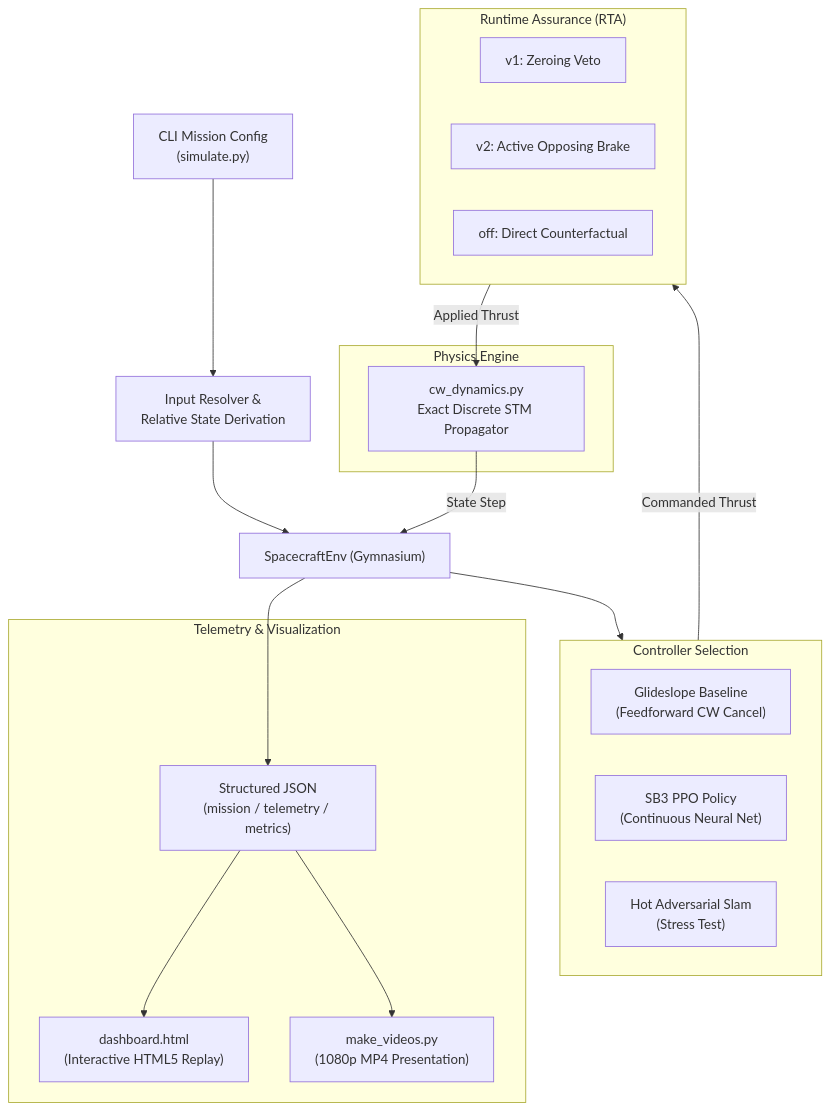
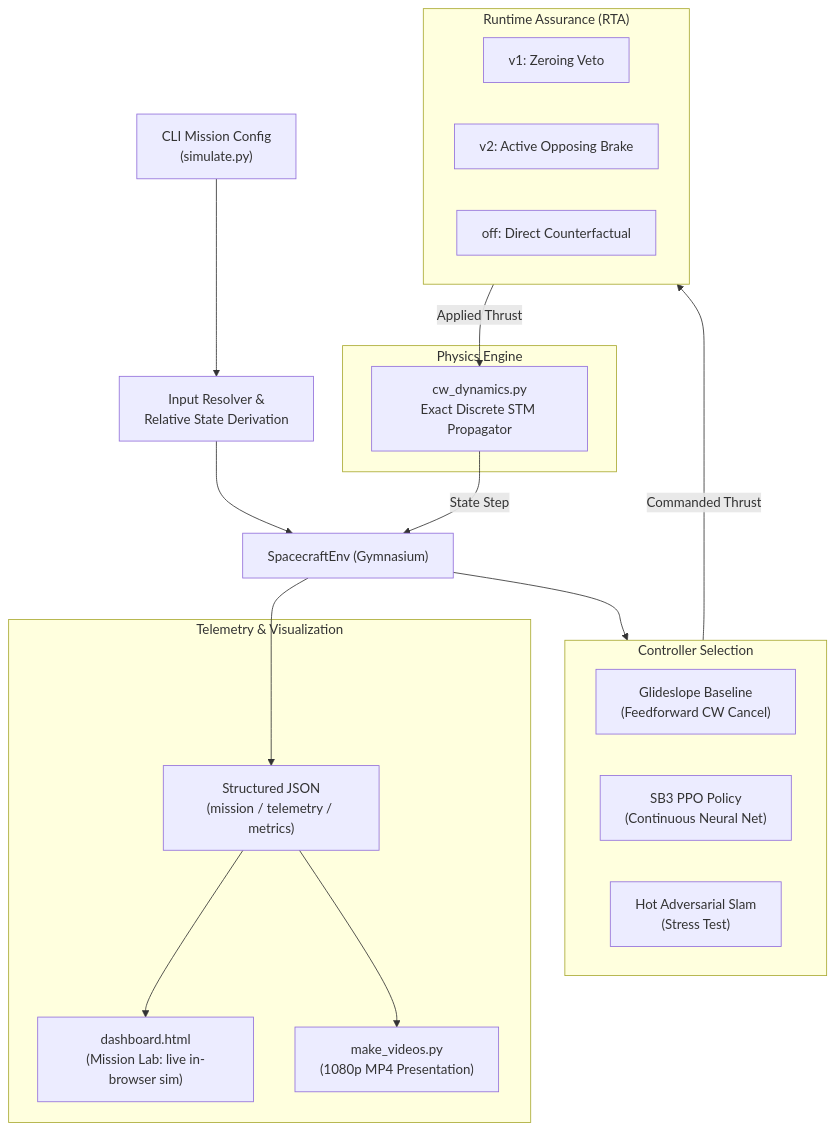
One commit to jwrhw7tueydwtt7575g/SpaceTry changed the first of 2 diagrams in PRESENTATION.md. Above: the diagram before and after it, drawn with Mermaid. The commit also changed other lines of this file and 10 other files, not shown here.

First line of the commit message:
docs: lead with the runtime-assurance concept and the Mission Lab

````diff
--- a/PRESENTATION.md
+++ b/PRESENTATION.md
@@ -70,35 +70,35 @@
 ```mermaid
 flowchart TD
     CLI["CLI Mission Config\n(simulate.py)"] --> PARSER["Input Resolver &\nRelative State Derivation"]
     PARSER --> ENV["SpacecraftEnv (Gymnasium)"]
     
     subgraph S_CORE ["Physics Engine"]
         CW["cw_dynamics.py\nExact Discrete STM Propagator"]
     end
 
     subgraph S_CTRL ["Controller Selection"]
         GS["Glideslope Baseline\n(Feedforward CW Cancel)"]
         RL["SB3 PPO Policy\n(Continuous Neural Net)"]
         HOT["Hot Adversarial Slam\n(Stress Test)"]
     end
 
     subgraph S_SAFE ["Runtime Assurance (RTA)"]
         RTA_V1["v1: Zeroing Veto"]
         RTA_V2["v2: Active Opposing Brake"]
         RTA_OFF["off: Direct Counterfactual"]
     end
 
     subgraph S_OUT ["Telemetry & Visualization"]
         JSON_OUT["Structured JSON\n(mission / telemetry / metrics)"]
-        DASH["dashboard.html\n(Interactive HTML5 Replay)"]
+        DASH["dashboard.html\n(Mission Lab: live in-browser sim)"]
         MP4["make_videos.py\n(1080p MP4 Presentation)"]
     end
 
     ENV --> S_CTRL
     S_CTRL -->|Commanded Thrust| S_SAFE
     S_SAFE -->|Applied Thrust| CW
     CW -->|State Step| ENV
     ENV --> JSON_OUT
     JSON_OUT --> DASH
     JSON_OUT --> MP4
 ```
````
